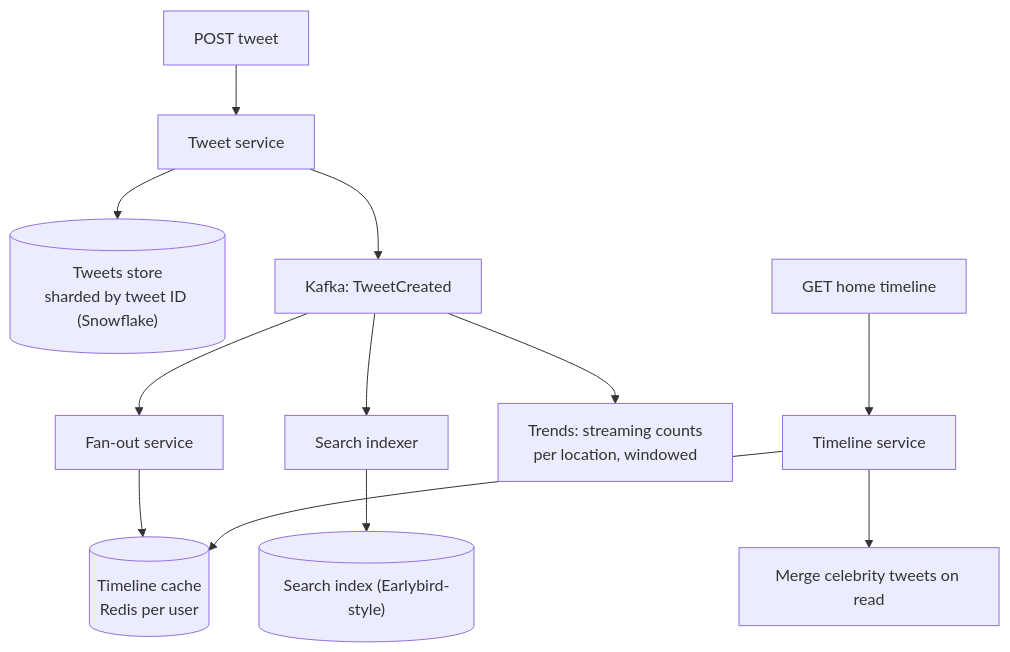
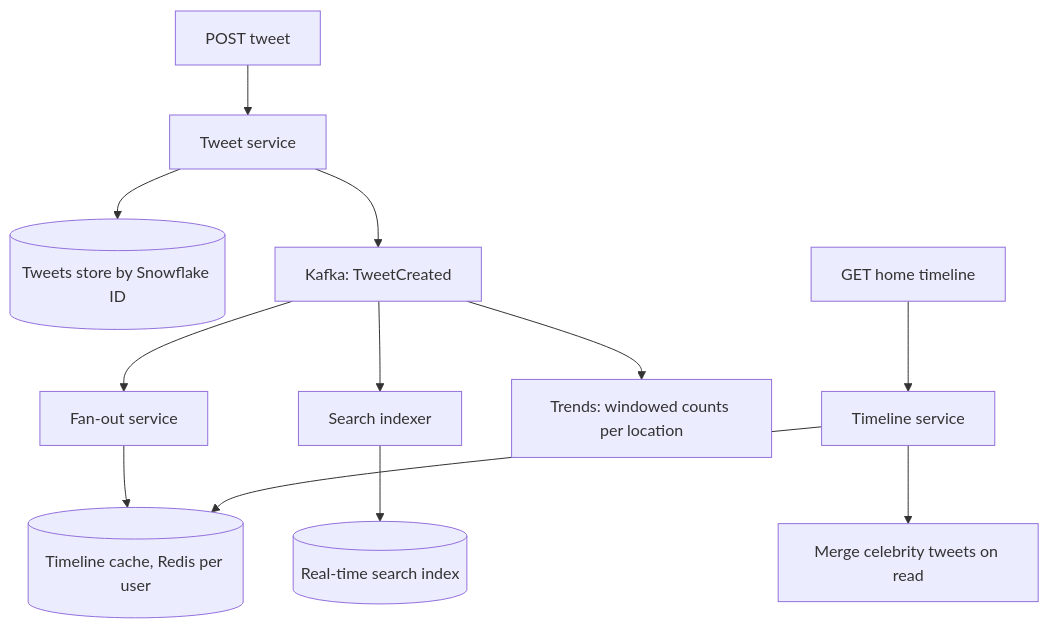
The second of 22 diagrams in topics/17-designs-social-media.md (AkshayAshokCode/System-Design-Interview-Questions-and-Answers), drawn with Mermaid before and after one commit. The commit also changed other lines of this file and 4 other files, not shown here.

````diff
--- a/topics/17-designs-social-media.md
+++ b/topics/17-designs-social-media.md
@@ -69,11 +147,11 @@
 ```mermaid
 flowchart TD
-    T["POST tweet"] --> TS["Tweet service"] --> TDB[("Tweets store<br/>sharded by tweet ID (Snowflake)")]
+    T["POST tweet"] --> TS["Tweet service"] --> TDB[("Tweets store by Snowflake ID")]
     TS --> K["Kafka: TweetCreated"]
-    K --> FO["Fan-out service"] --> TL[("Timeline cache<br/>Redis per user")]
-    K --> SI["Search indexer"] --> ES[("Search index (Earlybird-style)")]
-    K --> TR["Trends: streaming counts<br/>per location, windowed"]
+    K --> FO["Fan-out service"] --> TL[("Timeline cache, Redis per user")]
+    K --> SI["Search indexer"] --> ES[("Real-time search index")]
+    K --> TR["Trends: windowed counts per location"]
     R["GET home timeline"] --> TLS["Timeline service"]
     TLS --> TL
     TLS --> CEL["Merge celebrity tweets on read"]
 ```
````
